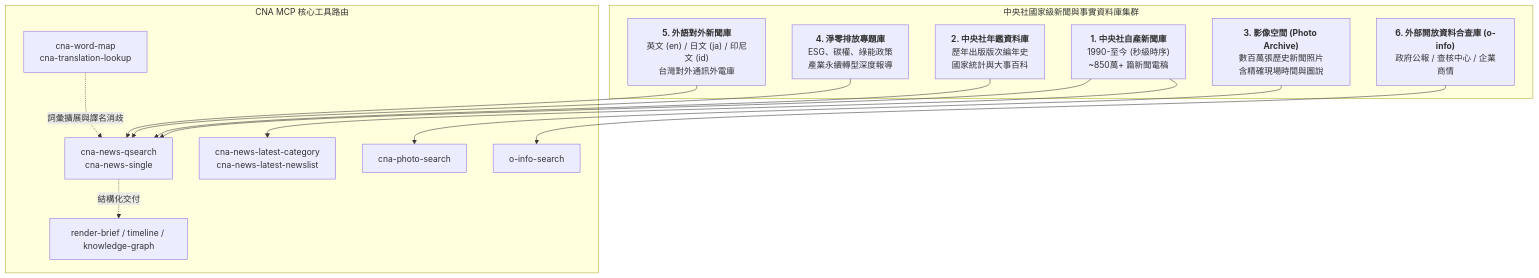
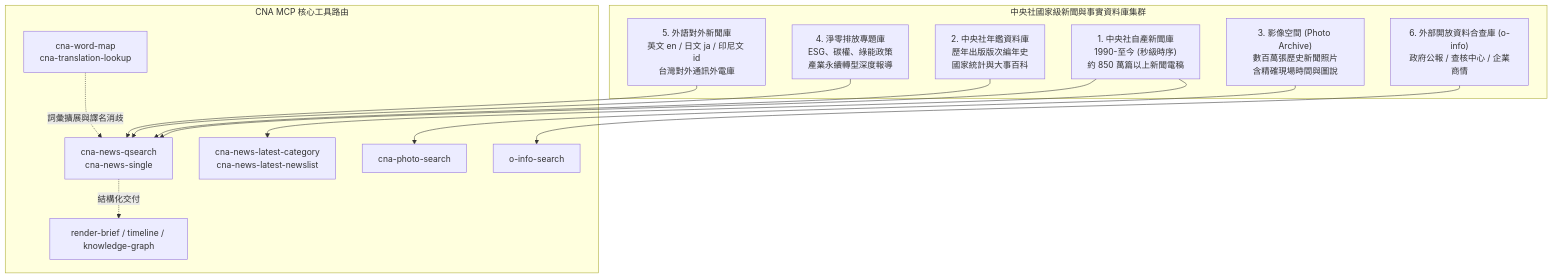
Before and after one commit to school98072/cna-mcp-dataset-guide: the diagram in README.md, drawn with Mermaid. The commit also changed other lines of this file and 1 other file, not shown here.

Commit message:
fix(docs): overhaul all formulas into responsive markdown tables and sanitize Mermaid syntax

````diff
--- a/README.md
+++ b/README.md
@@ -98,30 +98,30 @@
 ```mermaid
 flowchart TD
     subgraph CNA_MCP["中央社國家級新聞與事實資料庫集群"]
-        D1["<b>1. 中央社自產新聞庫</b><br/>1990-至今 (秒級時序)<br/>~850萬+ 篇新聞電稿"]
-        D2["<b>2. 中央社年鑑資料庫</b><br/>歷年出版版次編年史<br/>國家統計與大事百科"]
-        D3["<b>3. 影像空間 (Photo Archive)</b><br/>數百萬張歷史新聞照片<br/>含精確現場時間與圖說"]
-        D4["<b>4. 淨零排放專題庫</b><br/>ESG、碳權、綠能政策<br/>產業永續轉型深度報導"]
-        D5["<b>5. 外語對外新聞庫</b><br/>英文 (en) / 日文 (ja) / 印尼文 (id)<br/>台灣對外通訊外電庫"]
-        D6["<b>6. 外部開放資料合查庫 (o-info)</b><br/>政府公報 / 查核中心 / 企業商情"]
+        D1["1. 中央社自產新聞庫<br/>1990-至今 (秒級時序)<br/>約 850 萬篇以上新聞電稿"]
+        D2["2. 中央社年鑑資料庫<br/>歷年出版版次編年史<br/>國家統計與大事百科"]
+        D3["3. 影像空間 (Photo Archive)<br/>數百萬張歷史新聞照片<br/>含精確現場時間與圖說"]
+        D4["4. 淨零排放專題庫<br/>ESG、碳權、綠能政策<br/>產業永續轉型深度報導"]
+        D5["5. 外語對外新聞庫<br/>英文 en / 日文 ja / 印尼文 id<br/>台灣對外通訊外電庫"]
+        D6["6. 外部開放資料合查庫 (o-info)<br/>政府公報 / 查核中心 / 企業商情"]
     end
 
     subgraph Tools["CNA MCP 核心工具路由"]
         T1["cna-news-qsearch<br/>cna-news-single"]
         T2["cna-news-latest-category<br/>cna-news-latest-newslist"]
         T3["cna-photo-search"]
         T4["cna-word-map<br/>cna-translation-lookup"]
         T5["o-info-search"]
         T6["render-brief / timeline / knowledge-graph"]
     end
 
     D1 --> T1
     D1 --> T2
     D2 --> T1
     D3 --> T3
     D4 --> T1
     D5 --> T1
     D6 --> T5
     T4 -.詞彙擴展與譯名消歧.-> T1
     T1 -.結構化交付.-> T6
 ```
````
